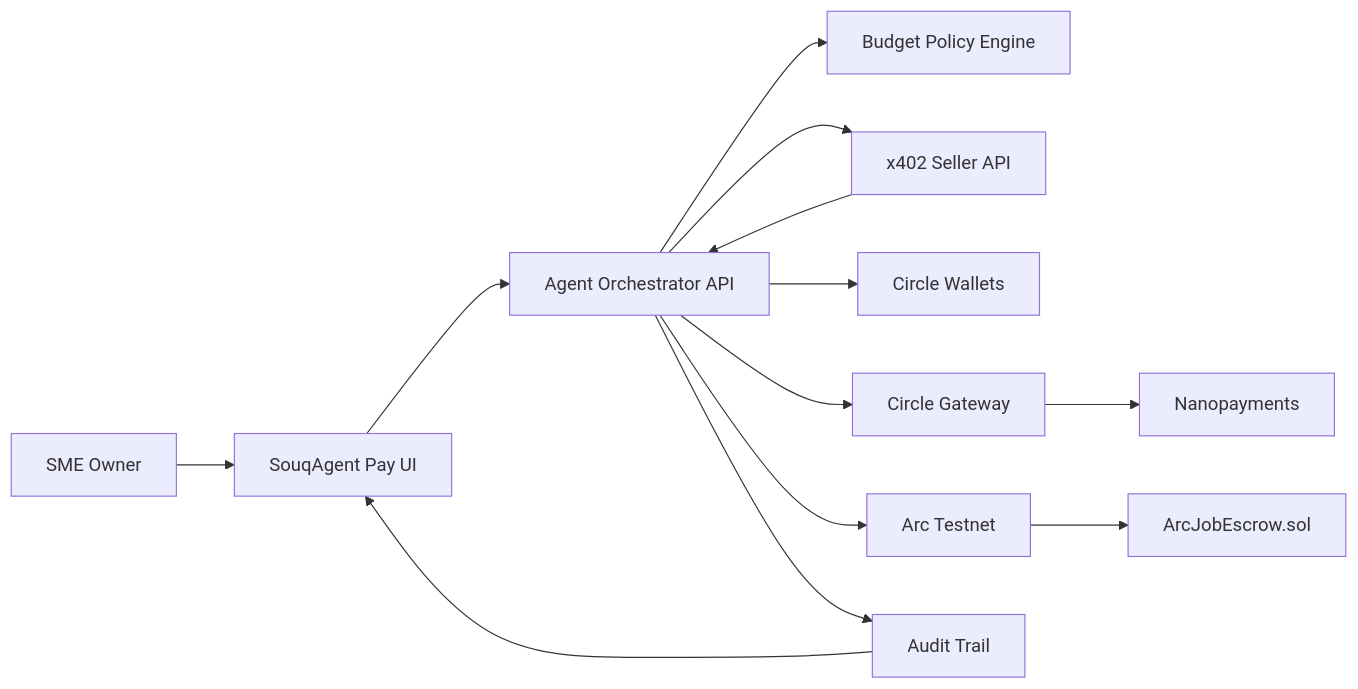
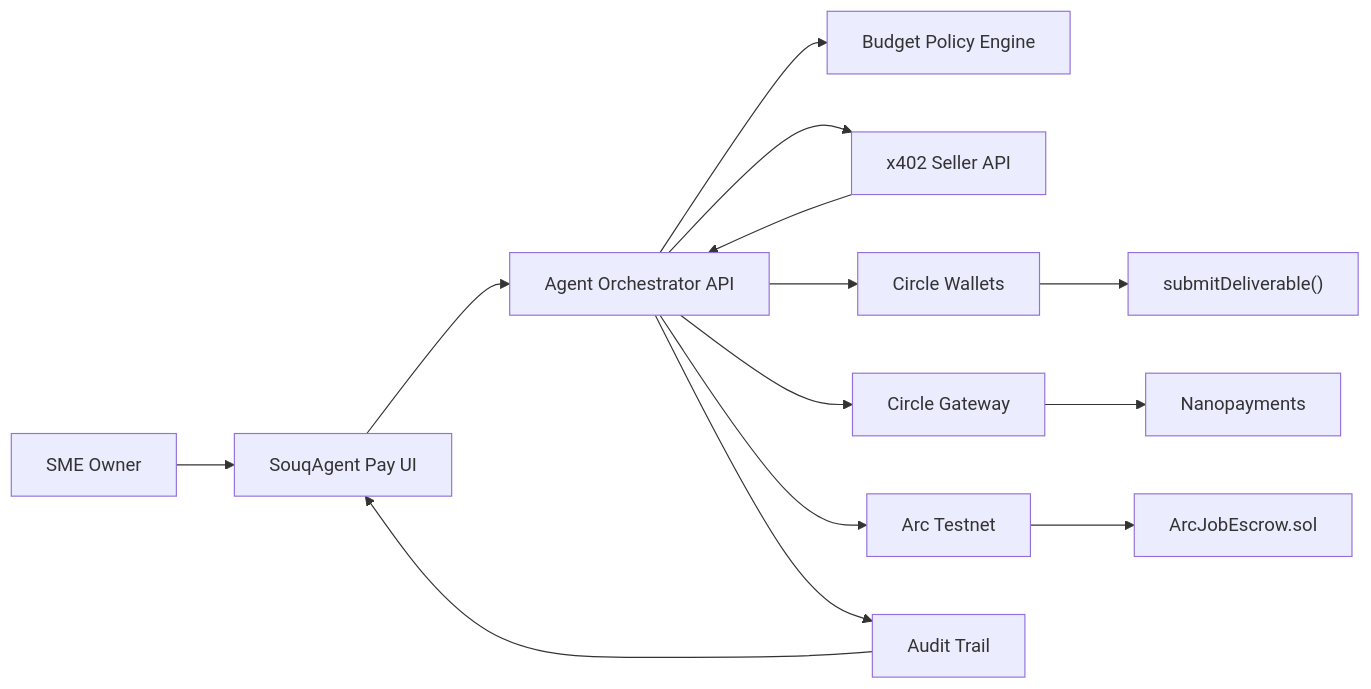
The diagram in docs/submission-plan.md (Vt01nft/-SouqAgent-Pay), drawn with Mermaid before and after one commit. The commit also changed other lines of this file and 2 other files, not shown here.

Commit message:
Refresh submission materials for full flow

````diff
--- a/docs/submission-plan.md
+++ b/docs/submission-plan.md
@@ -56,15 +62,16 @@
 ```mermaid
 flowchart LR
   Owner["SME Owner"] --> UI["SouqAgent Pay UI"]
   UI --> API["Agent Orchestrator API"]
   API --> Policy["Budget Policy Engine"]
   API --> Seller["x402 Seller API"]
   Seller --> API
   API --> Wallets["Circle Wallets"]
+  Wallets --> Deliverable["submitDeliverable()"]
   API --> Gateway["Circle Gateway"]
   Gateway --> Nano["Nanopayments"]
   API --> Arc["Arc Testnet"]
   Arc --> Escrow["ArcJobEscrow.sol"]
   API --> Receipts["Audit Trail"]
   Receipts --> UI
 ```
````
